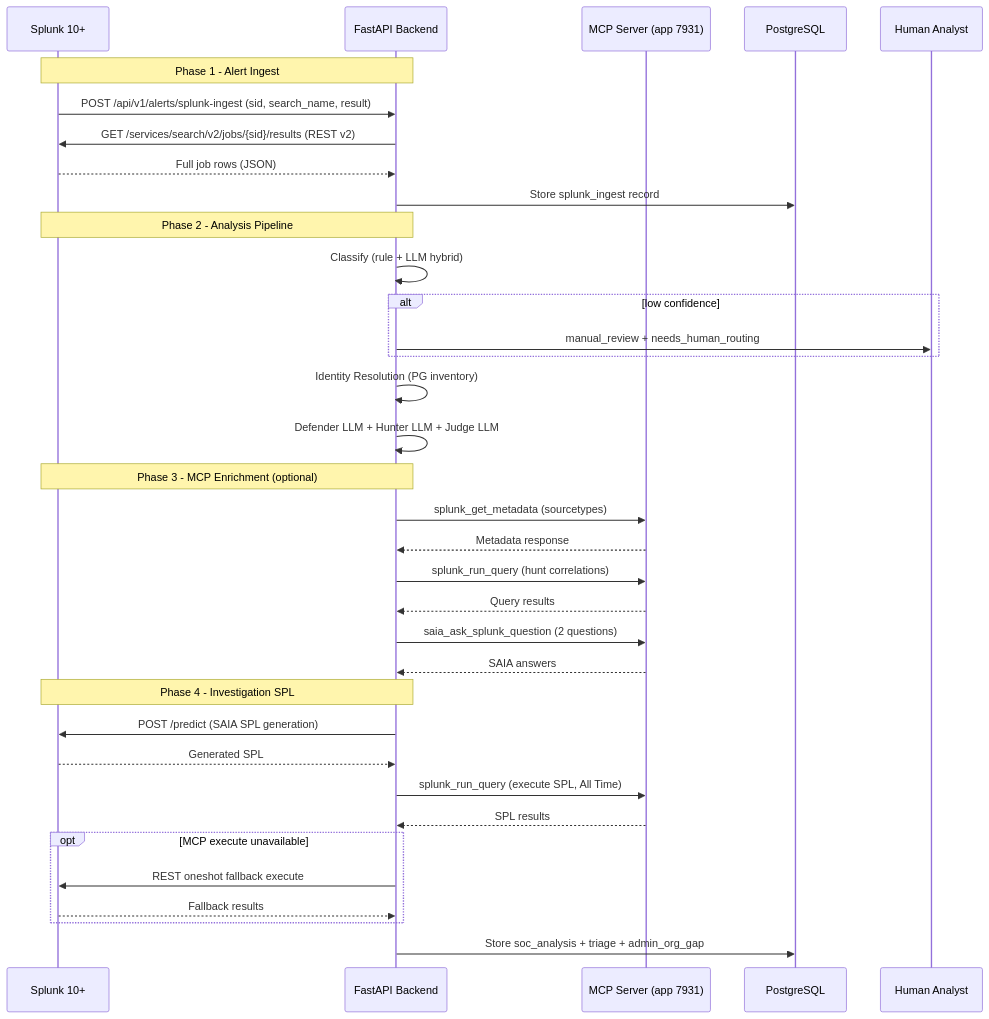
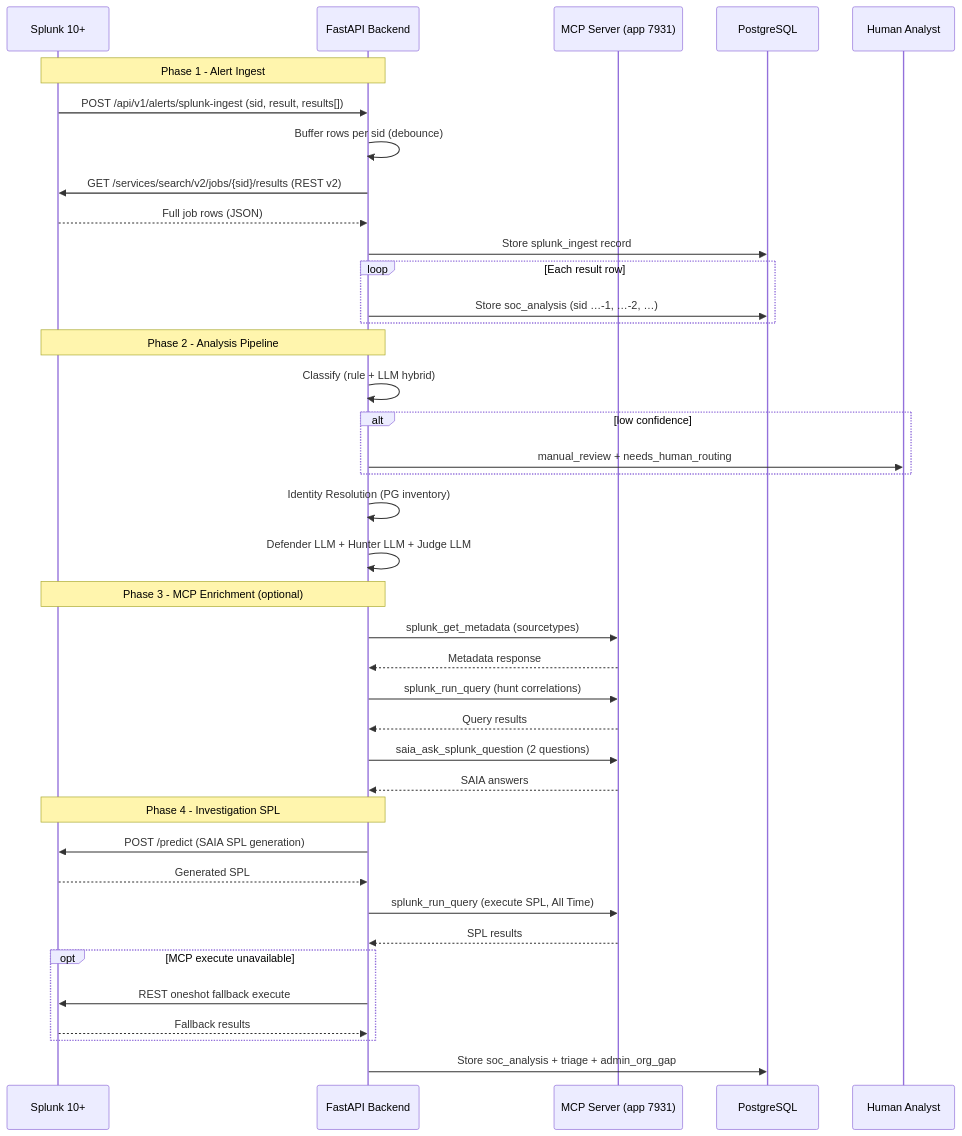
Before and after one commit to Sepideh-Asadollahi/ThinkingSOC-splunk-hackathon: the sixth of 8 diagrams in docs/architecture-views.md, drawn with Mermaid. The commit also changed 33 other files, not shown here.

````diff
--- a/docs/architecture-views.md
+++ b/docs/architecture-views.md
@@ -360,41 +360,45 @@
 ```mermaid
 sequenceDiagram
   participant Splunk as Splunk 10+
   participant Backend as FastAPI Backend
   participant MCP as MCP Server (app 7931)
   participant PG as PostgreSQL
   participant Analyst as Human Analyst
 
   Note over Splunk,Backend: Phase 1 - Alert Ingest
-  Splunk->>Backend: POST /api/v1/alerts/splunk-ingest (sid, search_name, result)
+  Splunk->>Backend: POST /api/v1/alerts/splunk-ingest (sid, result, results[])
+  Backend->>Backend: Buffer rows per sid (debounce)
   Backend->>Splunk: GET /services/search/v2/jobs/{sid}/results (REST v2)
   Splunk-->>Backend: Full job rows (JSON)
   Backend->>PG: Store splunk_ingest record
+  loop Each result row
+    Backend->>PG: Store soc_analysis (sid …-1, …-2, …)
+  end
 
   Note over Splunk,Backend: Phase 2 - Analysis Pipeline
   Backend->>Backend: Classify (rule + LLM hybrid)
   alt low confidence
     Backend->>Analyst: manual_review + needs_human_routing
   end
   Backend->>Backend: Identity Resolution (PG inventory)
   Backend->>Backend: Defender LLM + Hunter LLM + Judge LLM
 
   Note over Splunk,Backend: Phase 3 - MCP Enrichment (optional)
   Backend->>MCP: splunk_get_metadata (sourcetypes)
   MCP-->>Backend: Metadata response
   Backend->>MCP: splunk_run_query (hunt correlations)
   MCP-->>Backend: Query results
   Backend->>MCP: saia_ask_splunk_question (2 questions)
   MCP-->>Backend: SAIA answers
 
   Note over Splunk,Backend: Phase 4 - Investigation SPL
   Backend->>Splunk: POST /predict (SAIA SPL generation)
   Splunk-->>Backend: Generated SPL
   Backend->>MCP: splunk_run_query (execute SPL, All Time)
   MCP-->>Backend: SPL results
   opt MCP execute unavailable
     Backend->>Splunk: REST oneshot fallback execute
     Splunk-->>Backend: Fallback results
   end
   Backend->>PG: Store soc_analysis + triage + admin_org_gap
 ```
````
